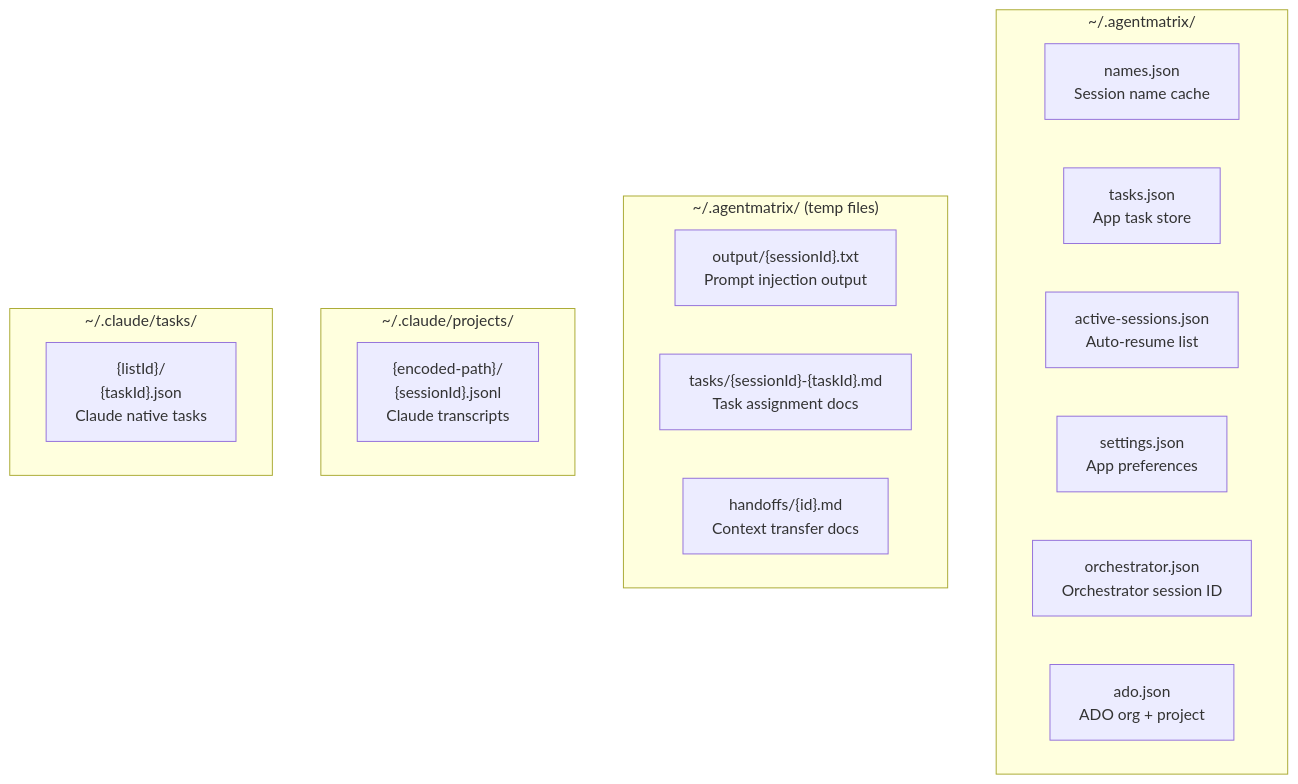
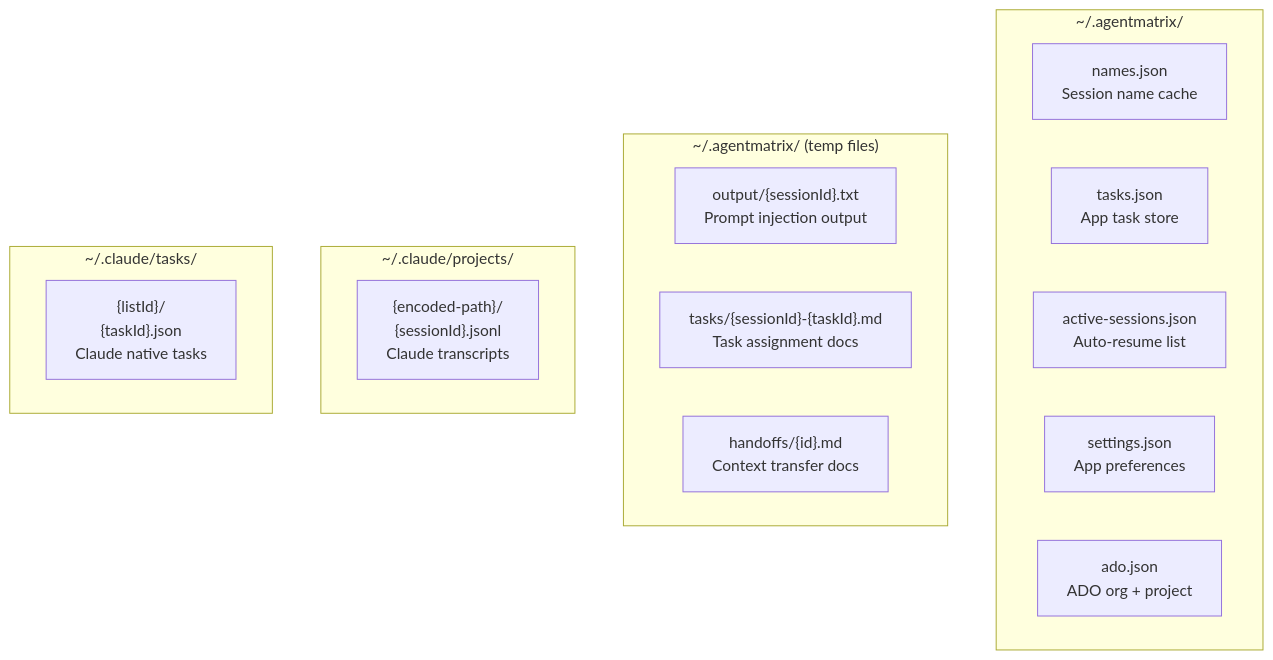
The eighth of 8 diagrams in docs/design/backend-server.md (Nahom-Kefelegne/AgentMatrix), drawn with Mermaid before and after one commit. The commit also changed other lines of this file and 69 other files, not shown here.

````diff
--- a/docs/design/backend-server.md
+++ b/docs/design/backend-server.md
@@ -700,25 +745,24 @@
 ```mermaid
 graph TD
     subgraph "~/.agentmatrix/"
         A[names.json<br/>Session name cache]
         B[tasks.json<br/>App task store]
         C[active-sessions.json<br/>Auto-resume list]
         D[settings.json<br/>App preferences]
-        E[orchestrator.json<br/>Orchestrator session ID]
         F[ado.json<br/>ADO org + project]
     end
 
     subgraph "~/.agentmatrix/ (temp files)"
         H["output/{sessionId}.txt<br/>Prompt injection output"]
         I["tasks/{sessionId}-{taskId}.md<br/>Task assignment docs"]
         J["handoffs/{id}.md<br/>Context transfer docs"]
     end
 
     subgraph "~/.claude/projects/"
         K["{encoded-path}/<br/>{sessionId}.jsonl<br/>Claude transcripts"]
     end
 
     subgraph "~/.claude/tasks/"
         L["{listId}/<br/>{taskId}.json<br/>Claude native tasks"]
     end
 ```
````
